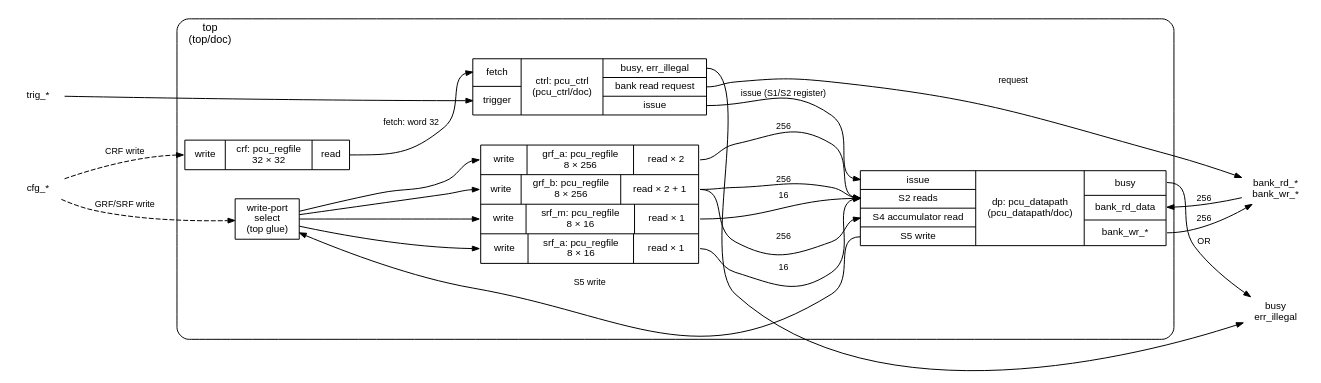
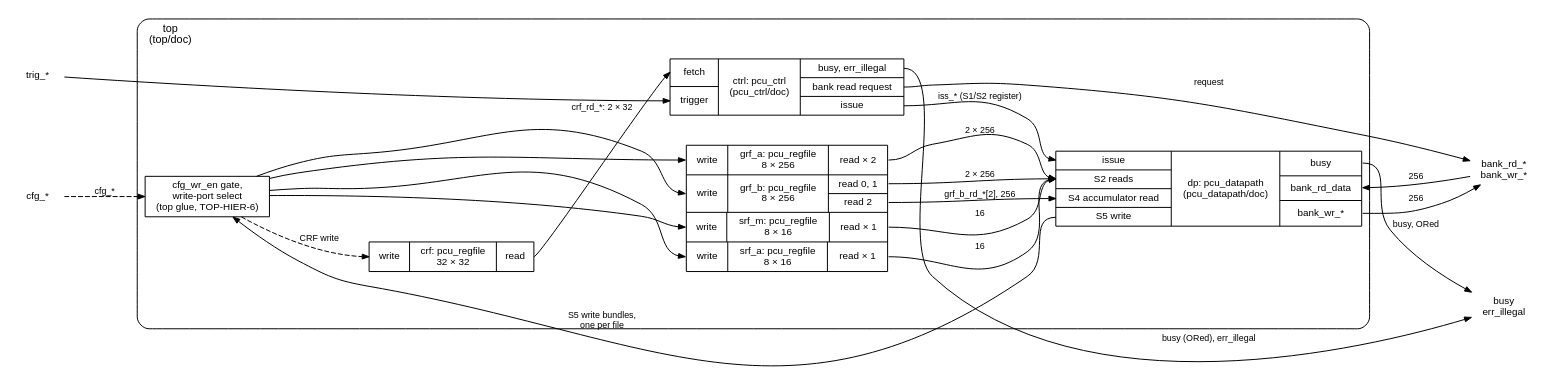
The diagram in src/top/doc/img/top_connections.dot (idanhochman/bankside), drawn with Graphviz before and after one commit. The commit also changed 32 other files, not shown here.

```diff
--- a/src/top/doc/img/top_connections.dot
+++ b/src/top/doc/img/top_connections.dot
@@ -1,48 +1,47 @@
 digraph top_connections {
   graph [rankdir=LR, fontname="Helvetica", fontsize=11, nodesep=0.4, ranksep=0.8,
          newrank=true, labeljust=l];
   node  [shape=record, fontname="Helvetica", fontsize=10, height=0.3];
   edge  [fontname="Helvetica", fontsize=9, arrowsize=0.7];
 
   trig  [label="trig_*", shape=plaintext];
   cfg   [label="cfg_*", shape=plaintext];
   bport [label="bank_rd_*\nbank_wr_*", shape=plaintext];
   st    [label="busy\nerr_illegal", shape=plaintext];
 
   subgraph cluster_top {
     label="top\n(top/doc)";
     style=rounded;
 
     crf   [label="{{<wr>write}|crf: pcu_regfile\n32 × 32|{<rd>read}}"];
-    wsel  [label="write-port\nselect\n(top glue)", shape=box];
+    wsel  [label="cfg_wr_en gate,\nwrite-port select\n(top glue, TOP-HIER-6)", shape=box];
     ctrl  [label="{{<fetch>fetch|<trig>trigger}|ctrl: pcu_ctrl\n(pcu_ctrl/doc)|{<busy>busy, err_illegal|<brd>bank read request|<issue>issue}}"];
-    rf    [label="{<wa>write|grf_a: pcu_regfile\n8 × 256|<ra>read × 2}|{<wb>write|grf_b: pcu_regfile\n8 × 256|<rb>read × 2 + 1}|{<wm>write|srf_m: pcu_regfile\n8 × 16|<rm>read × 1}|{<ws>write|srf_a: pcu_regfile\n8 × 16|<rs>read × 1}"];
+    rf    [label="{<wa>write|grf_a: pcu_regfile\n8 × 256|<ra>read × 2}|{<wb>write|grf_b: pcu_regfile\n8 × 256|{<rb>read 0, 1|<rb2>read 2}}|{<wm>write|srf_m: pcu_regfile\n8 × 16|<rm>read × 1}|{<ws>write|srf_a: pcu_regfile\n8 × 16|<rs>read × 1}"];
     dp    [label="{{<issue>issue|<s2>S2 reads|<s4>S4 accumulator read|<s5>S5 write}|dp: pcu_datapath\n(pcu_datapath/doc)|{<busy>busy|<bdata>bank_rd_data|<bwr>bank_wr_*}}"];
   }
 
   { rank=same; trig; cfg; }
-  { rank=same; crf; wsel; }
   { rank=same; ctrl; rf; }
   { rank=same; bport; st; }
 
-  cfg -> crf:wr [style=dashed, label="CRF write"];
-  cfg -> wsel [style=dashed, label="GRF/SRF write"];
+  cfg -> wsel [style=dashed, label="cfg_*"];
+  wsel -> crf:wr [style=dashed, label="CRF write"];
   trig -> ctrl:trig;
-  crf:rd -> ctrl:fetch [label="fetch: word 32"];
+  crf:rd -> ctrl:fetch [label="crf_rd_*: 2 × 32"];
   wsel -> rf:wa;
   wsel -> rf:wb;
   wsel -> rf:wm;
   wsel -> rf:ws;
-  wsel -> dp:s5 [dir=back, label="S5 write"];
-  ctrl:issue -> dp:issue [label="issue (S1/S2 register)"];
-  rf:ra -> dp:s2 [label="256"];
-  rf:rb -> dp:s2 [label="256"];
-  rf:rb -> dp:s4 [label="256"];
+  wsel -> dp:s5 [dir=back, label="S5 write bundles,\none per file"];
+  ctrl:issue -> dp:issue [label="iss_* (S1/S2 register)"];
+  rf:ra -> dp:s2 [label="2 × 256"];
+  rf:rb -> dp:s2 [label="2 × 256"];
+  rf:rb2 -> dp:s4 [label="grf_b_rd_*[2], 256"];
   rf:rm -> dp:s2 [label="16"];
   rf:rs -> dp:s2 [label="16"];
   ctrl:brd -> bport [label="request"];
-  ctrl:busy -> st;
-  dp:busy -> st [label="OR"];
+  ctrl:busy -> st [label="busy (ORed), err_illegal"];
+  dp:busy -> st [label="busy, ORed"];
   dp:bdata -> bport [dir=back, label="256"];
   dp:bwr -> bport [label="256"];
 }
```
